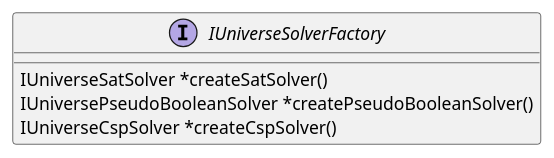
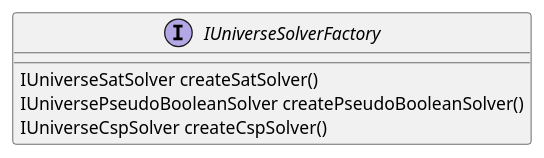
Before and after one commit to crillab/universe: the diagram in doc/diagrams/factory.plantuml, drawn with PlantUML. The commit also changed 3 other files, not shown here.

Commit message:
fixes diagrams

```diff
--- a/doc/diagrams/factory.plantuml
+++ b/doc/diagrams/factory.plantuml
@@ -1,6 +1,6 @@
 @startuml
 interface IUniverseSolverFactory
-IUniverseSolverFactory : IUniverseSatSolver *createSatSolver()
-IUniverseSolverFactory : IUniversePseudoBooleanSolver *createPseudoBooleanSolver()
-IUniverseSolverFactory :  IUniverseCspSolver *createCspSolver()
+IUniverseSolverFactory : IUniverseSatSolver createSatSolver()
+IUniverseSolverFactory : IUniversePseudoBooleanSolver createPseudoBooleanSolver()
+IUniverseSolverFactory :  IUniverseCspSolver createCspSolver()
 @enduml
```
